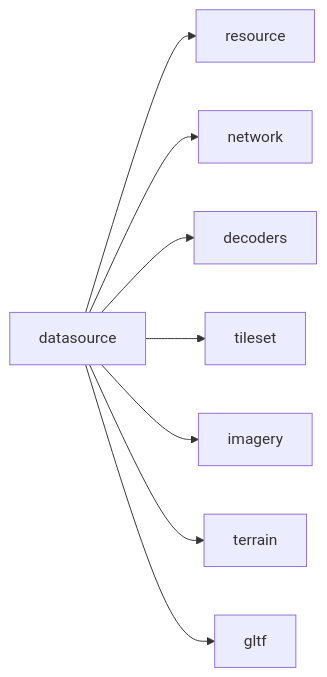
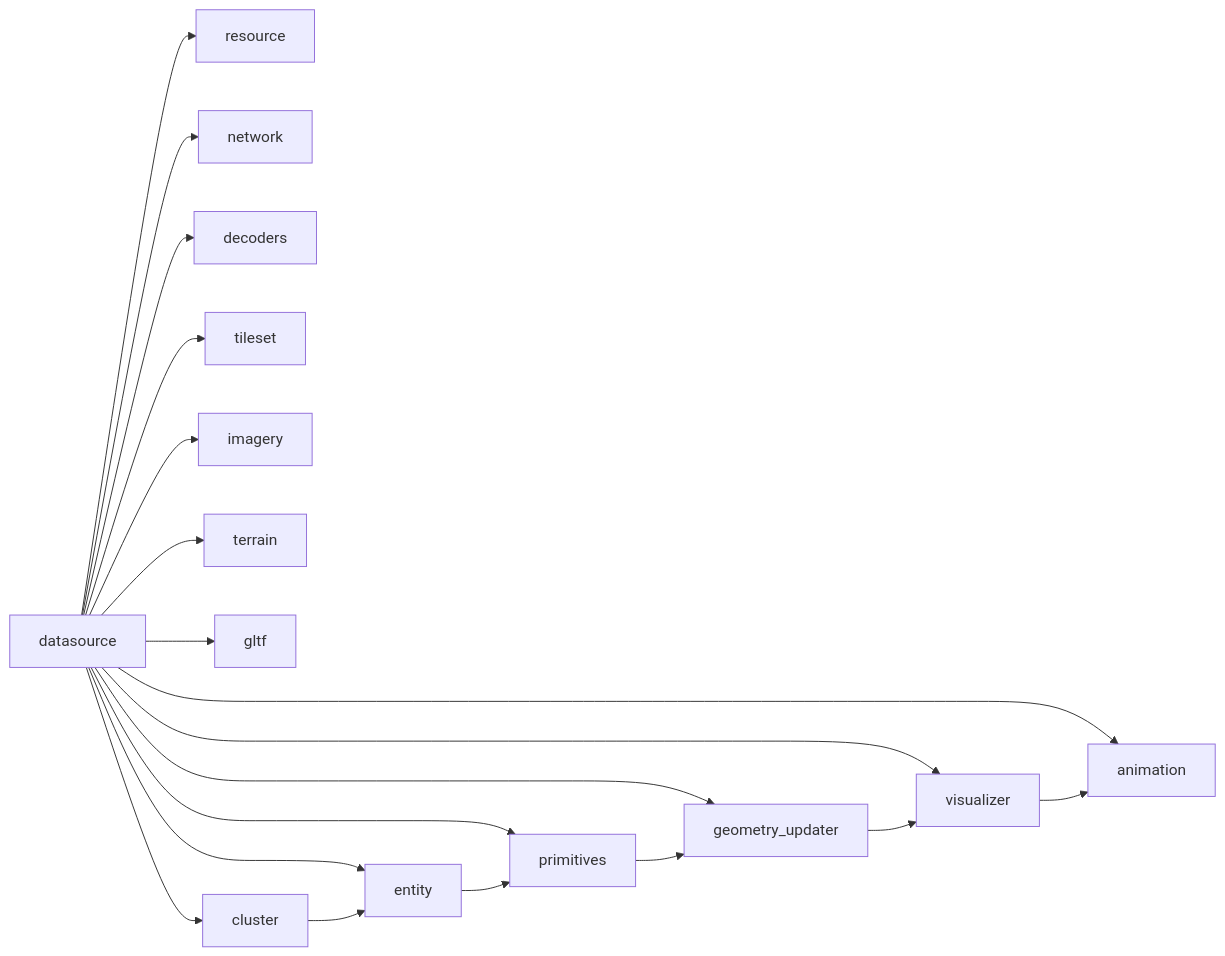
Before and after one commit to rzhangjing/cesium: the sixth of 6 diagrams in .qoder/repowiki/zh/content/项目概述/核心特性/地理空间数据处理/数据源框架.md, drawn with Mermaid. The commit also changed other lines of this file and 30 other files, not shown here.

````diff
--- a/.qoder/repowiki/zh/content/项目概述/核心特性/地理空间数据处理/数据源框架.md
+++ b/.qoder/repowiki/zh/content/项目概述/核心特性/地理空间数据处理/数据源框架.md
@@ -285,10 +471,21 @@
 ```mermaid
 graph LR
 DS["datasource"] --> RS["resource"]
 DS --> NET["network"]
 DS --> DEC["decoders"]
 DS --> TS["tileset"]
 DS --> IM["imagery"]
 DS --> TR["terrain"]
 DS --> GL["gltf"]
+DS --> EN["entity"]
+DS --> PR["primitives"]
+DS --> GU["geometry_updater"]
+DS --> VS["visualizer"]
+DS --> AN["animation"]
+DS --> CL["cluster"]
+EN --> PR
+PR --> GU
+GU --> VS
+VS --> AN
+CL --> EN
 ```
````
